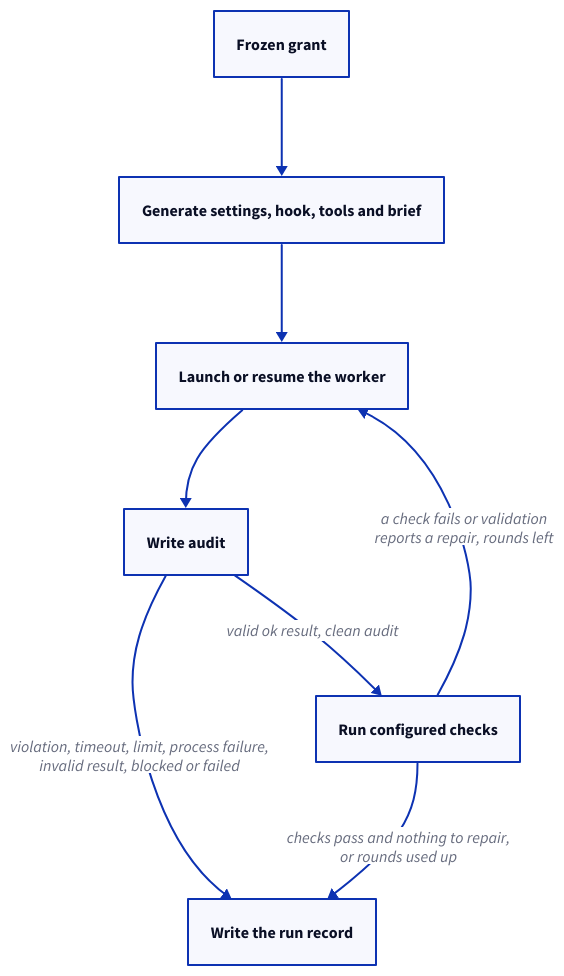
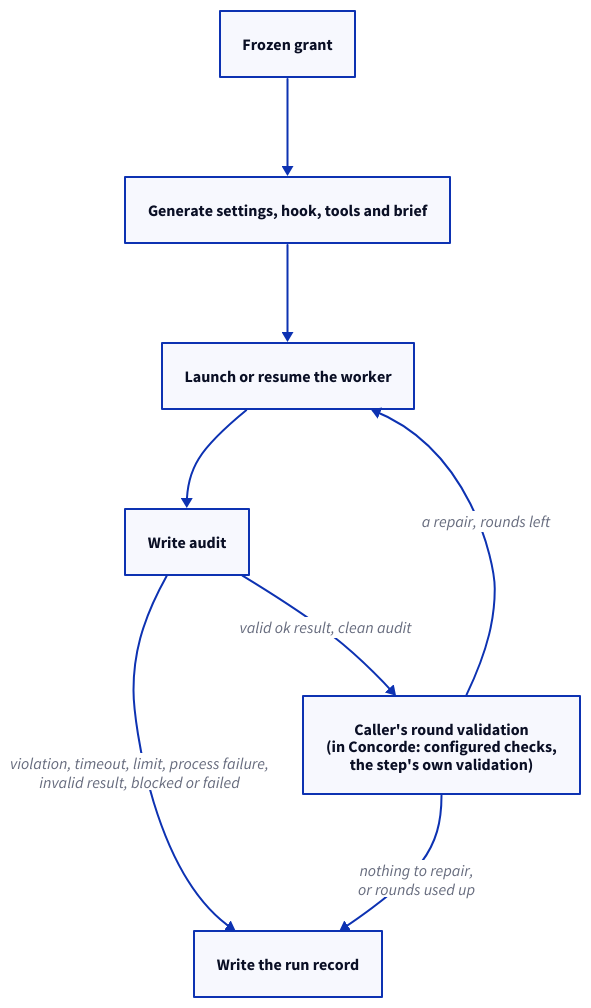
Before and after one commit to FTOD/concorde: the second of 5 diagrams in specs/concorde/worker-harness/workers/module.md, drawn with D2. The commit also changed other lines of this file and 109 other files, not shown here.

````diff
--- a/specs/concorde/worker-harness/workers/module.md
+++ b/specs/concorde/worker-harness/workers/module.md
@@ -218,13 +221,13 @@
 ```d2 illustrative
 grant: Frozen grant
 generate: Generate settings, hook, tools and brief
 launch: Launch or resume the worker
 audit: Write audit
 record: Write the run record
-checks: Run configured checks
+validation: "Caller's round validation\n(in Concorde: configured checks,\nthe step's own validation)"
 grant -> generate -> launch -> audit
 audit -> record: "violation, timeout, limit, process failure,\ninvalid result, blocked or failed"
-audit -> checks: "valid ok result, clean audit"
-checks -> launch: "a check fails or validation\nreports a repair, rounds left"
-checks -> record: "checks pass and nothing to repair,\nor rounds used up"
+audit -> validation: "valid ok result, clean audit"
+validation -> launch: "a repair, rounds left"
+validation -> record: "nothing to repair,\nor rounds used up"
 ```
````
